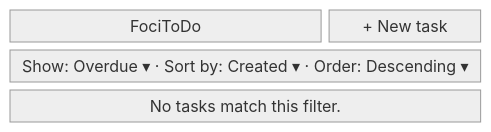
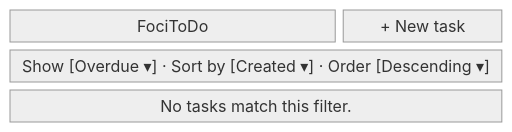
The fourth of 15 diagrams in docs/ui.md (charlesmalo/FociToDo), drawn with Mermaid (neutral theme) before and after one commit. The commit also changed other lines of this file and 25 other files, not shown here.

First line of the commit message:
docs(diagrams): match the wireframes and diagrams to the current UI and API

````diff
--- a/docs/ui.md
+++ b/docs/ui.md
@@ -72,7 +72,7 @@
 ```mermaid
 block-beta
   columns 3
   title["FociToDo"]:2 newtask["+ New task"]
-  filters["Show: Overdue ▾ · Sort by: Created ▾ · Order: Descending ▾"]:3
+  filters["Show [Overdue ▾] · Sort by [Created ▾] · Order [Descending ▾]"]:3
   none["No tasks match this filter."]:3
 ```
````
